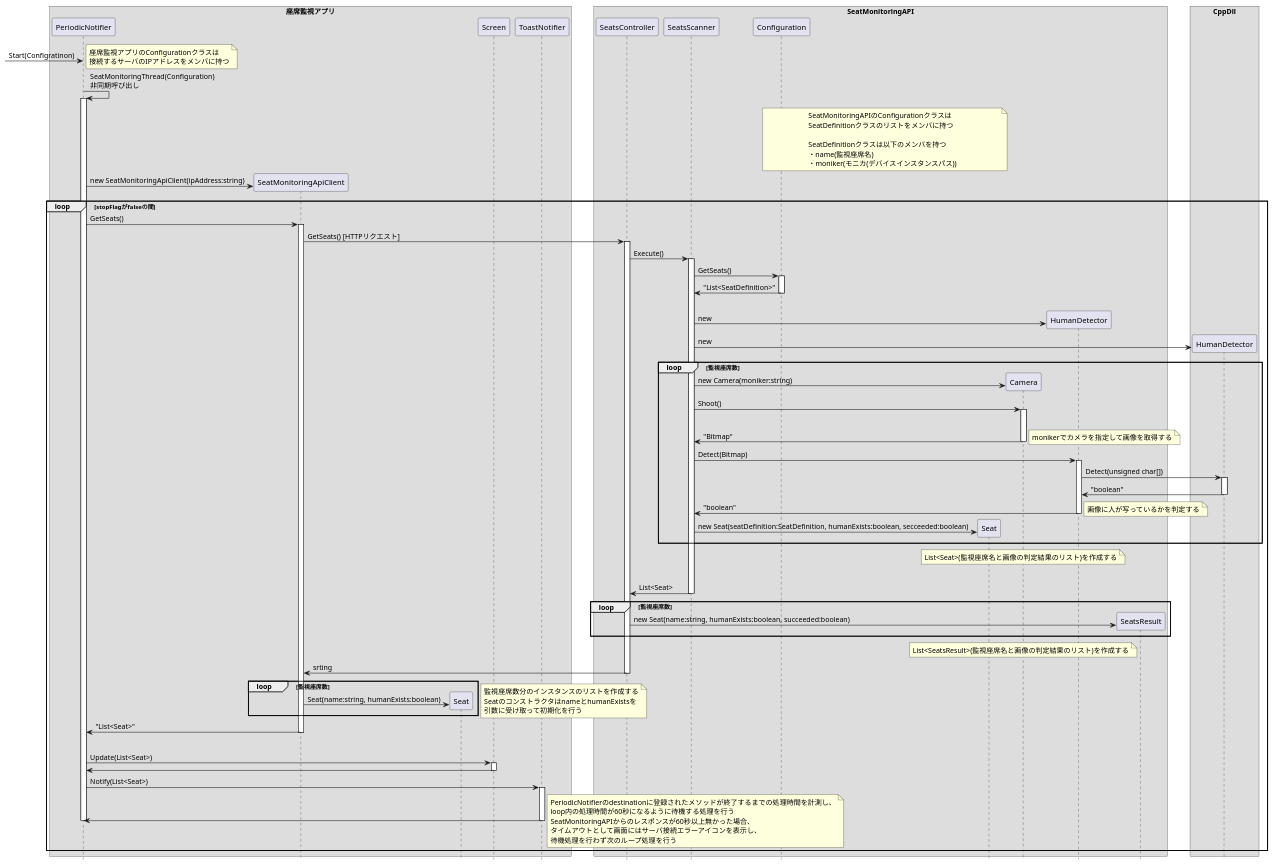
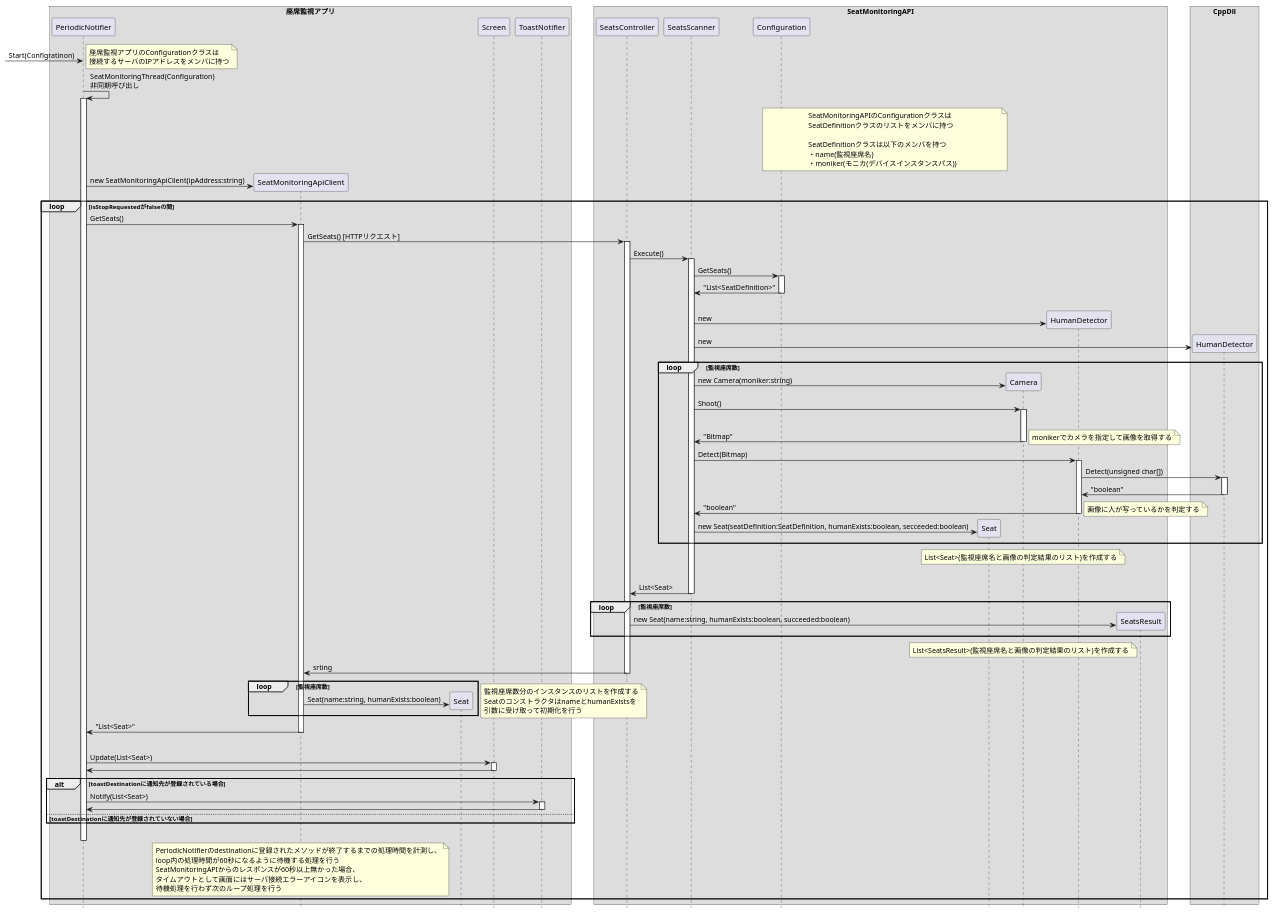
The diagram in doc/詳細設計/座席状態確認シーケンス図2.pu (KeisukeSugita/Seat-monitoring-system), drawn with PlantUML before and after one commit. The commit also changed 5 other files, not shown here.

```diff
--- a/doc/詳細設計/座席状態確認シーケンス図2.pu
+++ b/doc/詳細設計/座席状態確認シーケンス図2.pu
@@ -1,152 +1,156 @@
 @startuml 座席状態確認シーケンス図2
 hide footbox
 skinparam BoxPadding 20
 
 box "座席監視アプリ"
 	participant PeriodicNotifier
 	participant SeatMonitoringApiClient
 	participant "Seat" as ClientSeat
 	participant Screen
 	participant ToastNotifier
 end box
 
 box "SeatMonitoringAPI"
 	participant SeatsController
 	participant SeatsScanner
 	participant Configuration
 	participant "Seat" as ServerSeat
 	participant Camera
 	participant "HumanDetector" as CsHumanDetector
 	participant SeatsResult
 end box
 
 box "CppDll"
 	participant "HumanDetector" as CppHumanDetector
 end box
 
 -> PeriodicNotifier :Start(Configratinon)
 note right
 	座席監視アプリのConfigurationクラスは
 	接続するサーバのIPアドレスをメンバに持つ
 end note
 
 PeriodicNotifier -> PeriodicNotifier : SeatMonitoringThread(Configuration)\n非同期呼び出し
 activate PeriodicNotifier
 
 note over Configuration, ServerSeat
 	SeatMonitoringAPIのConfigurationクラスは
 	SeatDefinitionクラスのリストをメンバに持つ
 
 	SeatDefinitionクラスは以下のメンバを持つ
 	・name(監視座席名)
 	・moniker(モニカ(デバイスインスタンスパス))
 end note
 
 create SeatMonitoringApiClient
 PeriodicNotifier -> SeatMonitoringApiClient :new SeatMonitoringApiClient(ipAddress:string)
 
-loop stopFlagがfalseの間
+loop isStopRequestedがfalseの間
 	PeriodicNotifier -> SeatMonitoringApiClient : GetSeats()
 	activate SeatMonitoringApiClient
 
 	SeatMonitoringApiClient -> SeatsController : GetSeats() [HTTPリクエスト]
 	activate SeatsController
 
 	SeatsController -> SeatsScanner :Execute()
 	activate SeatsScanner
 
 	SeatsScanner -> Configuration :GetSeats()
 	activate Configuration
 	SeatsScanner <- Configuration :"List<SeatDefinition>"
 	deactivate Configuration
 
 	|||
 
 	create CsHumanDetector
 	SeatsScanner -> CsHumanDetector :new
 
 	create CppHumanDetector
 	SeatsScanner -> CppHumanDetector :new
 
 
 	loop 監視座席数
 		create Camera
 		SeatsScanner -> Camera : new Camera(moniker:string)
 		SeatsScanner -> Camera : Shoot()
 		activate Camera
 		|||
 		SeatsScanner <- 	Camera :"Bitmap"
 		deactivate Camera
 		note right
 			monikerでカメラを指定して画像を取得する
 		end note
 
 		SeatsScanner -> CsHumanDetector :Detect(Bitmap)
 		activate CsHumanDetector
 		CsHumanDetector -> CppHumanDetector : Detect(unsigned char[])
 		activate CppHumanDetector
 		CsHumanDetector <- CppHumanDetector : "boolean"
 		deactivate CppHumanDetector
 		SeatsScanner <- CsHumanDetector :"boolean"
 		deactivate CsHumanDetector
 		note right
 			画像に人が写っているかを判定する
 		end note
 		
 		create ServerSeat
 		SeatsScanner -> ServerSeat :new Seat(seatDefinition:SeatDefinition, humanExists:boolean, secceeded:boolean)
 		
 	end
 	note over Camera
 		List<Seat>(監視座席名と画像の判定結果のリスト)を作成する
 	end note
 	|||
 
 	SeatsController <- SeatsScanner : List<Seat>
 	deactivate SeatsScanner
 
 	loop 監視座席数
 		create SeatsResult
 		SeatsController -> SeatsResult :new Seat(name:string, humanExists:boolean, succeeded:boolean)
 	end
 	note over Camera
 		List<SeatsResult>(監視座席名と画像の判定結果のリスト)を作成する
 	end note
 
 	SeatMonitoringApiClient <- SeatsController :srting
 	deactivate SeatsController
 
 	loop 監視座席数
 		create ClientSeat
 		SeatMonitoringApiClient -> ClientSeat :Seat(name:string, humanExists:boolean)
 	end
 	note right
 		監視座席数分のインスタンスのリストを作成する
 		SeatのコンストラクタはnameとhumanExistsを
 		引数に受け取って初期化を行う
 	end note
 
 	PeriodicNotifier <- SeatMonitoringApiClient : "List<Seat>"
 	deactivate SeatMonitoringApiClient
 	|||
 	PeriodicNotifier -> Screen : Update(List<Seat>)
 	activate Screen
 	PeriodicNotifier <- Screen
 	deactivate Screen
-	
-	PeriodicNotifier -> ToastNotifier : Notify(List<Seat>)
-	activate ToastNotifier
-	PeriodicNotifier <- ToastNotifier
-	deactivate ToastNotifier
-	
+
+	alt toastDestinationに通知先が登録されている場合	
+		PeriodicNotifier -> ToastNotifier : Notify(List<Seat>)
+		activate ToastNotifier
+		PeriodicNotifier <- ToastNotifier
+		deactivate ToastNotifier
+	else toastDestinationに通知先が登録されていない場合
+
+	end
+	|||
 	deactivate PeriodicNotifier
-	note right
+	note over SeatMonitoringApiClient
 		PeriodicNotifierのdestinationに登録されたメソッドが終了するまでの処理時間を計測し、
 		loop内の処理時間が60秒になるように待機する処理を行う
 		SeatMonitoringAPIからのレスポンスが60秒以上無かった場合、
 		タイムアウトとして画面にはサーバ接続エラーアイコンを表示し、
 		待機処理を行わず次のループ処理を行う
 	end note
 end
 
 @enduml
```
